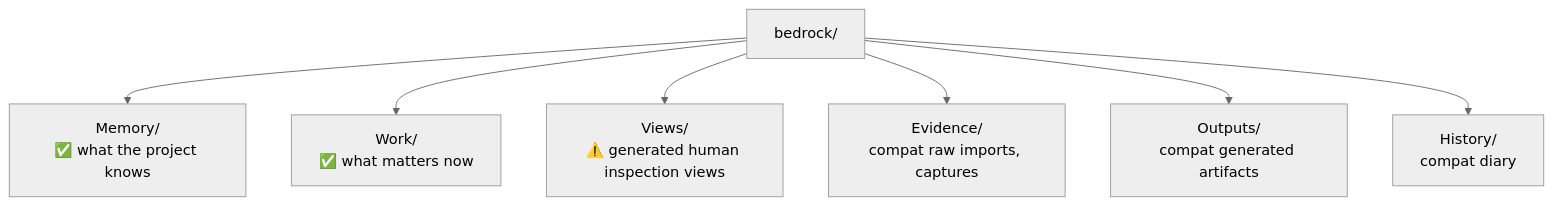
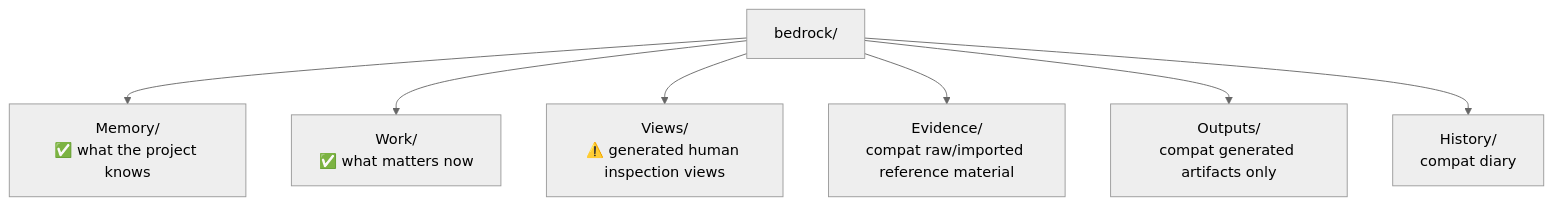
Before and after one commit to robotaitai/project-bedrock: the second of 3 diagrams in agent_docs/memory/architecture.md, drawn with Mermaid (neutral theme). The commit also changed other lines of this file and 88 other files, not shown here.

````diff
--- a/agent_docs/memory/architecture.md
+++ b/agent_docs/memory/architecture.md
@@ -57,10 +57,10 @@
 ```mermaid
 flowchart TD
     V["bedrock/"]
     V --> M["Memory/\n✅ what the project knows"]
     V --> W["Work/\n✅ what matters now"]
     V --> VW["Views/\n⚠️ generated human inspection views"]
-    V --> E["Evidence/\ncompat raw imports, captures"]
-    V --> O["Outputs/\ncompat generated artifacts"]
+    V --> E["Evidence/\ncompat raw/imported reference material"]
+    V --> O["Outputs/\ncompat generated artifacts only"]
     V --> H["History/\ncompat diary"]
 ```
````
